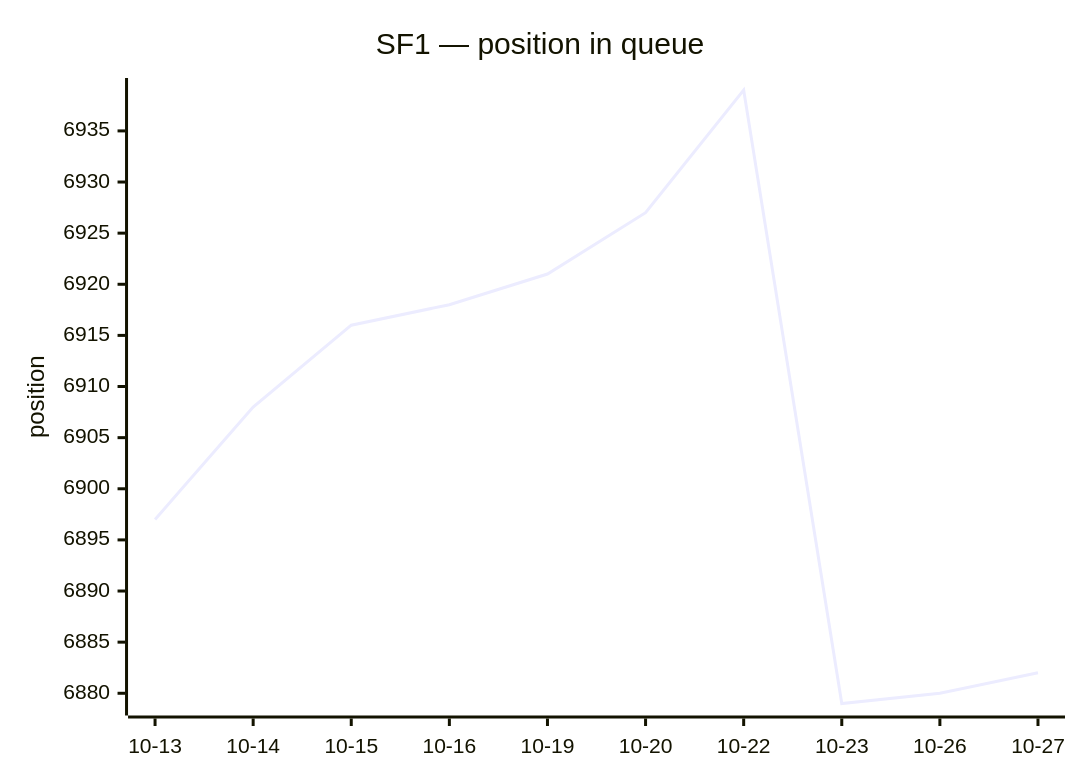
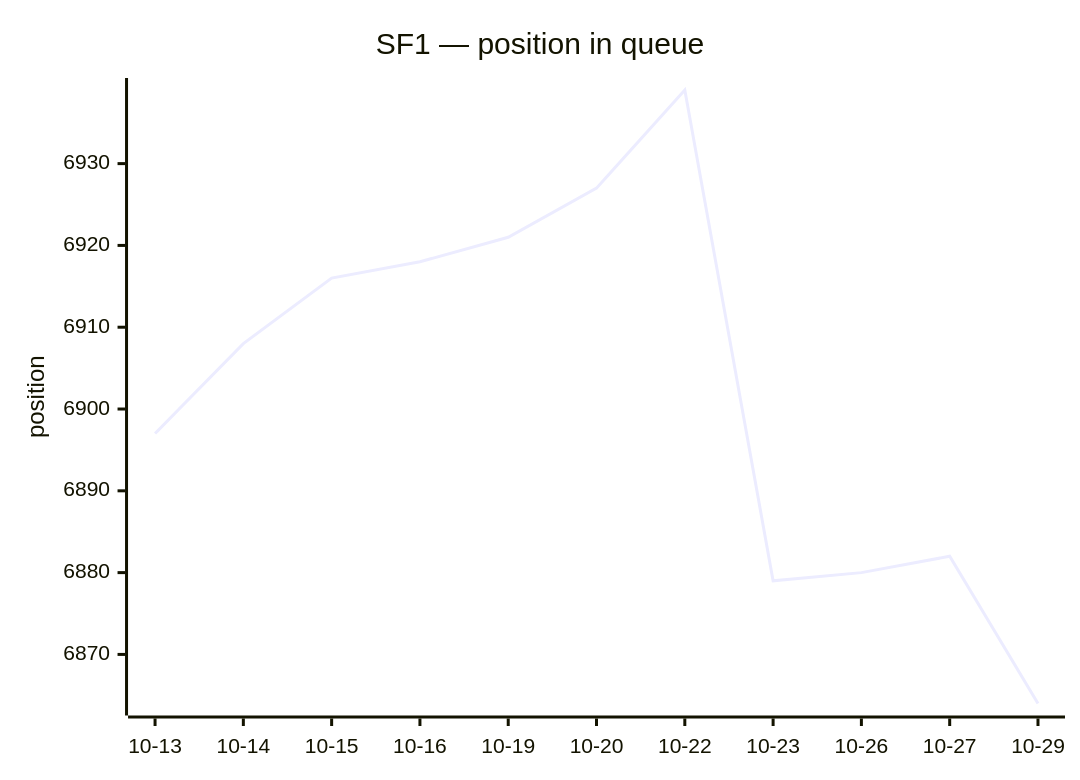
The first of 2 diagrams in queue/README.md (thyarles/thyarles), drawn with Mermaid before and after one commit. The commit also changed other lines of this file and 1 other file, not shown here.

````diff
--- a/queue/README.md
+++ b/queue/README.md
@@ -20,7 +20,7 @@
 ```mermaid
 xychart-beta
   title "SF1 — position in queue"
-  x-axis ["10-13", "10-14", "10-15", "10-16", "10-19", "10-20", "10-22", "10-23", "10-26", "10-27"]
+  x-axis ["10-13", "10-14", "10-15", "10-16", "10-19", "10-20", "10-22", "10-23", "10-26", "10-27", "10-29"]
   y-axis "position"
-  line [6897, 6908, 6916, 6918, 6921, 6927, 6939, 6879, 6880, 6882]
+  line [6897, 6908, 6916, 6918, 6921, 6927, 6939, 6879, 6880, 6882, 6864]
 ```
````
